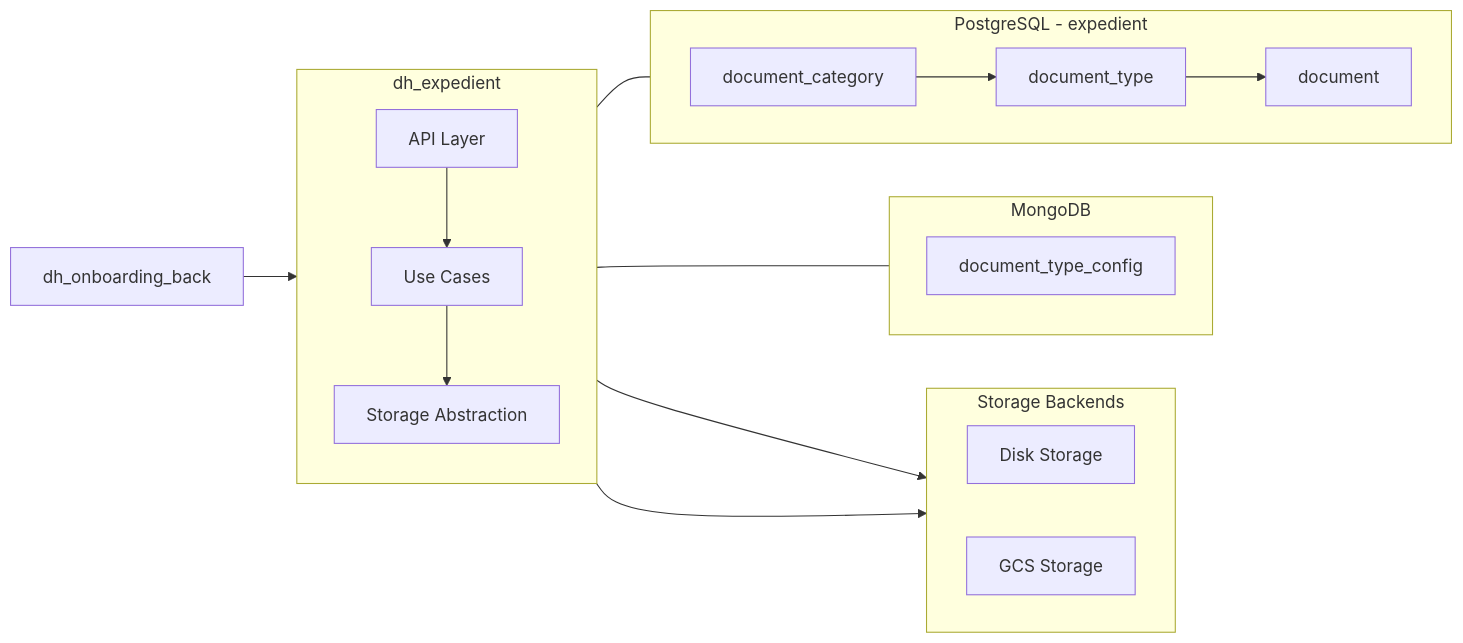
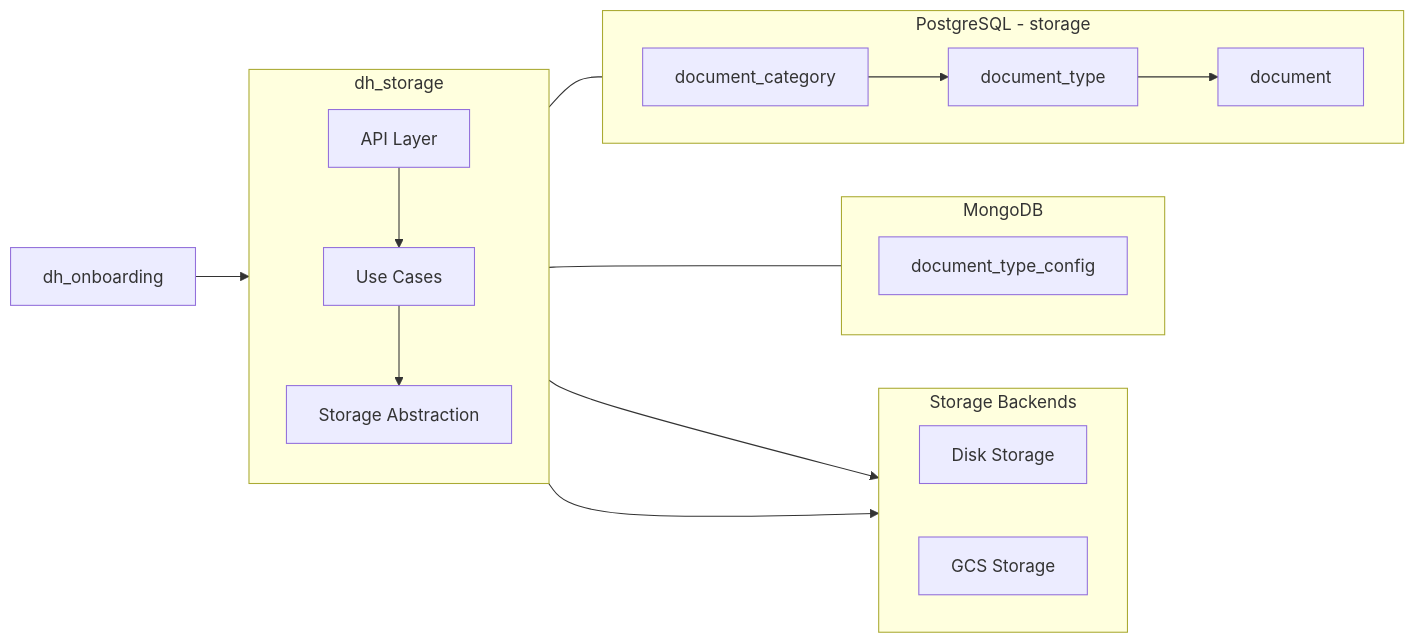
The first of 2 diagrams in tasks/TASK-007-dh-storage/planning/arquitectura.mmd (m4ck-y/dh_docs), drawn with Mermaid before and after one commit. The commit also changed other lines of this file and 52 other files, not shown here.

````diff
--- a/tasks/TASK-007-dh-storage/planning/arquitectura.mmd
+++ b/tasks/TASK-007-dh-storage/planning/arquitectura.mmd
@@ -3,38 +3,38 @@
 ```mermaid
 flowchart LR
-    subgraph dh_expedient["dh_expedient"]
+    subgraph dh_storage["dh_storage"]
         direction TB
         API["API Layer"]
         UC["Use Cases"]
         SRV["Storage Abstraction"]
         
         API --> UC
         UC --> SRV
     end
     
     subgraph storage_backends["Storage Backends"]
         direction LR
         DISK["Disk Storage"]
         GCS["GCS Storage"]
     end
     
-    subgraph postgres["PostgreSQL - expedient"]
+    subgraph postgres["PostgreSQL - storage"]
         direction LR
         DCAT["document_category"]
         DTYPE["document_type"]
         DOC["document"]
     end
     
     subgraph mongo["MongoDB"]
         DTC["document_type_config"]
     end
     
-    dh_onboarding_back --> dh_expedient
-    dh_expedient --> DISK
-    dh_expedient --> GCS
-    dh_expedient --- postgres
-    dh_expedient --- mongo
+    dh_onboarding --> dh_storage
+    dh_storage --> DISK
+    dh_storage --> GCS
+    dh_storage --- postgres
+    dh_storage --- mongo
     
     DCAT --> DTYPE
     DTYPE --> DOC
 ```
````
